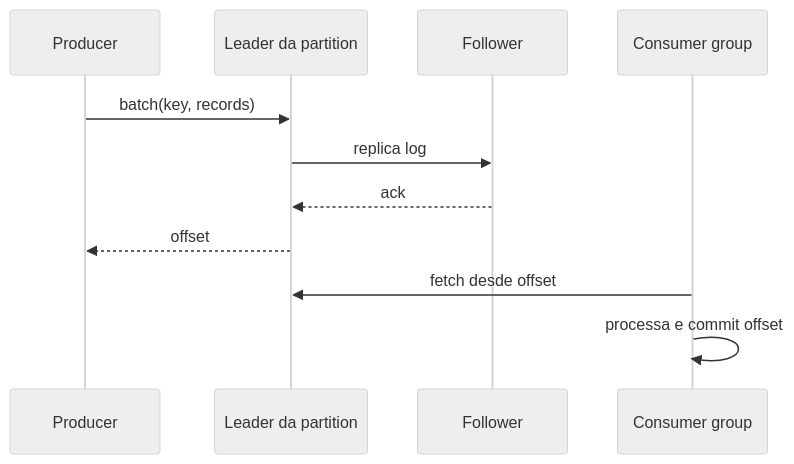
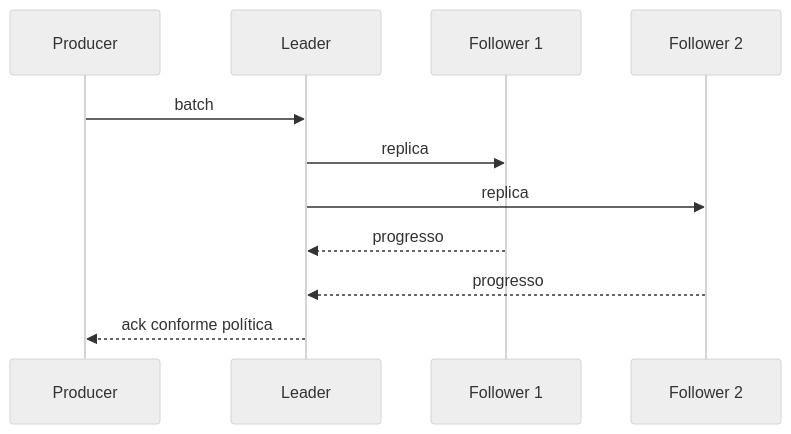
One commit to blasther12/alexandria changed the second of 3 diagrams in messaging/kafka/README.md. Above: the diagram before and after it, drawn with Mermaid (neutral theme). The commit also changed other lines of this file, not shown here.

````diff
--- a/messaging/kafka/README.md
+++ b/messaging/kafka/README.md
@@ -7,13 +92,13 @@
 ```mermaid
 sequenceDiagram
     participant P as Producer
-    participant L as Leader da partition
-    participant F as Follower
-    participant C as Consumer group
-    P->>L: batch(key, records)
-    L->>F: replica log
-    F-->>L: ack
-    L-->>P: offset
-    C->>L: fetch desde offset
-    C->>C: processa e commit offset
+    participant L as Leader
+    participant F1 as Follower 1
+    participant F2 as Follower 2
+    P->>L: batch
+    L->>F1: replica
+    L->>F2: replica
+    F1-->>L: progresso
+    F2-->>L: progresso
+    L-->>P: ack conforme política
 ```
````
